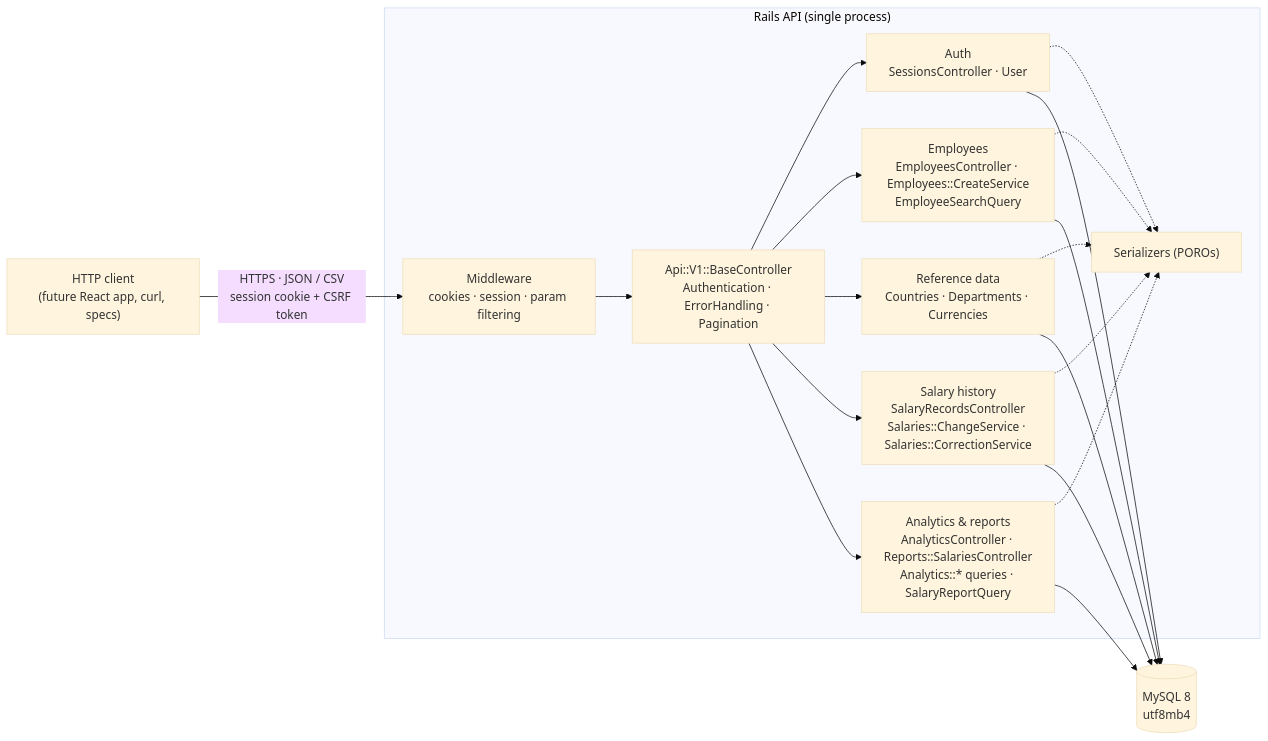
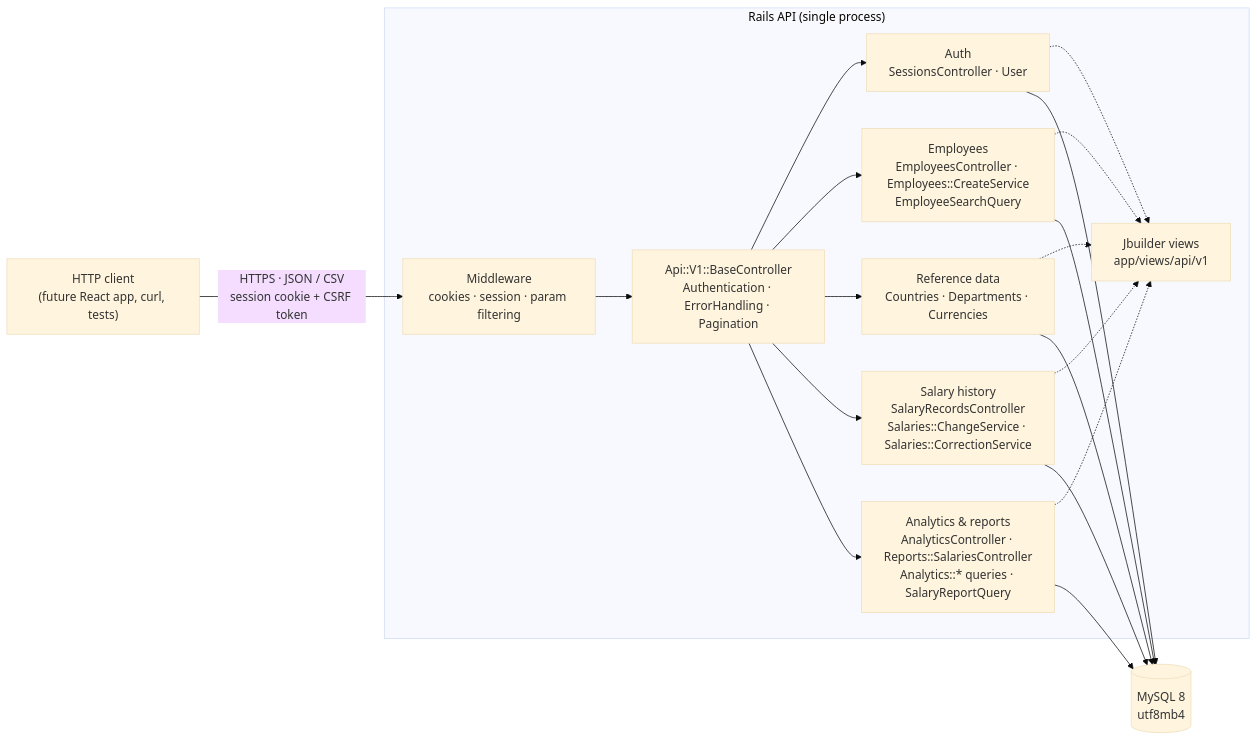
Before and after one commit to sumit-kumar-agrawal/acme_salary_mgt_sys: the first of 3 diagrams in docs/architecture.md, drawn with Mermaid (base theme). The commit also changed other lines of this file and 10 other files, not shown here.

````diff
--- a/docs/architecture.md
+++ b/docs/architecture.md
@@ -13,17 +15,17 @@
 ```mermaid
 flowchart LR
-    Client["HTTP client<br/>(future React app, curl, specs)"] -->|"HTTPS · JSON / CSV<br/>session cookie + CSRF token"| MW
+    Client["HTTP client<br/>(future React app, curl, tests)"] -->|"HTTPS · JSON / CSV<br/>session cookie + CSRF token"| MW
 
     subgraph API["Rails API (single process)"]
         MW["Middleware<br/>cookies · session · param filtering"] --> BASE["Api::V1::BaseController<br/>Authentication · ErrorHandling · Pagination"]
         BASE --> AUTH["Auth<br/>SessionsController · User"]
         BASE --> EMP["Employees<br/>EmployeesController · Employees::CreateService<br/>EmployeeSearchQuery"]
         BASE --> REF["Reference data<br/>Countries · Departments · Currencies"]
         BASE --> SAL["Salary history<br/>SalaryRecordsController<br/>Salaries::ChangeService · Salaries::CorrectionService"]
         BASE --> ANA["Analytics & reports<br/>AnalyticsController · Reports::SalariesController<br/>Analytics::* queries · SalaryReportQuery"]
-        SER["Serializers (POROs)"]
+        SER["Jbuilder views<br/>app/views/api/v1"]
         EMP & SAL & ANA & REF & AUTH -.-> SER
     end
 
     AUTH & EMP & REF & SAL & ANA --> DB[("MySQL 8<br/>utf8mb4")]
 ```
````
